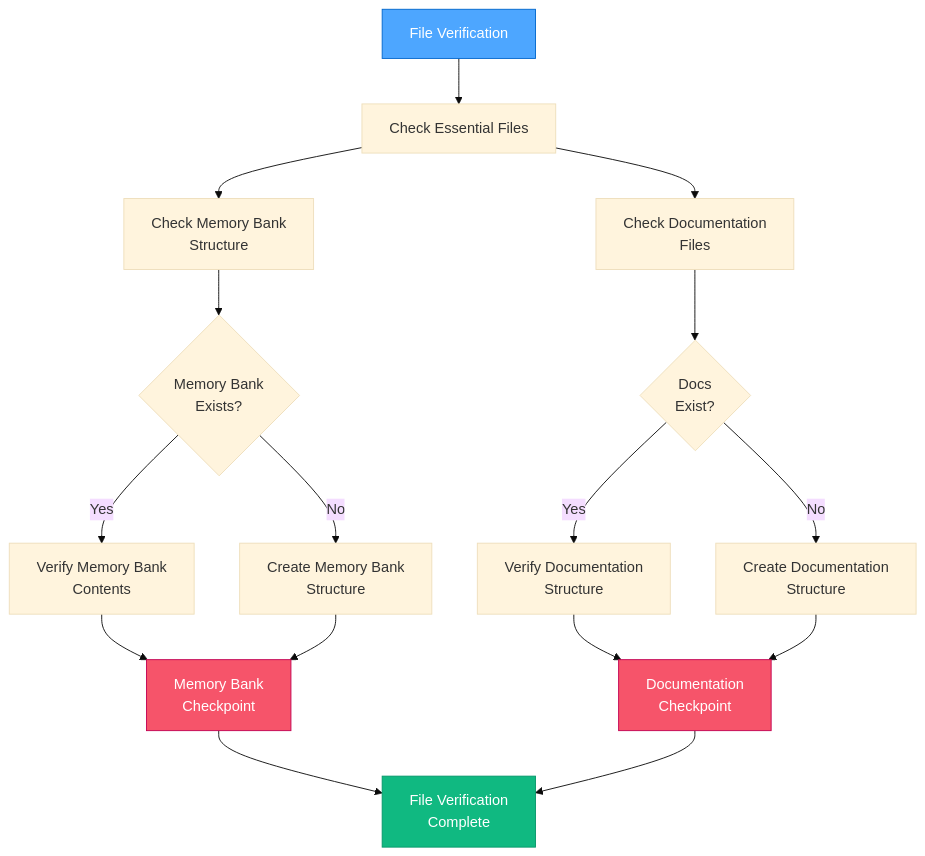
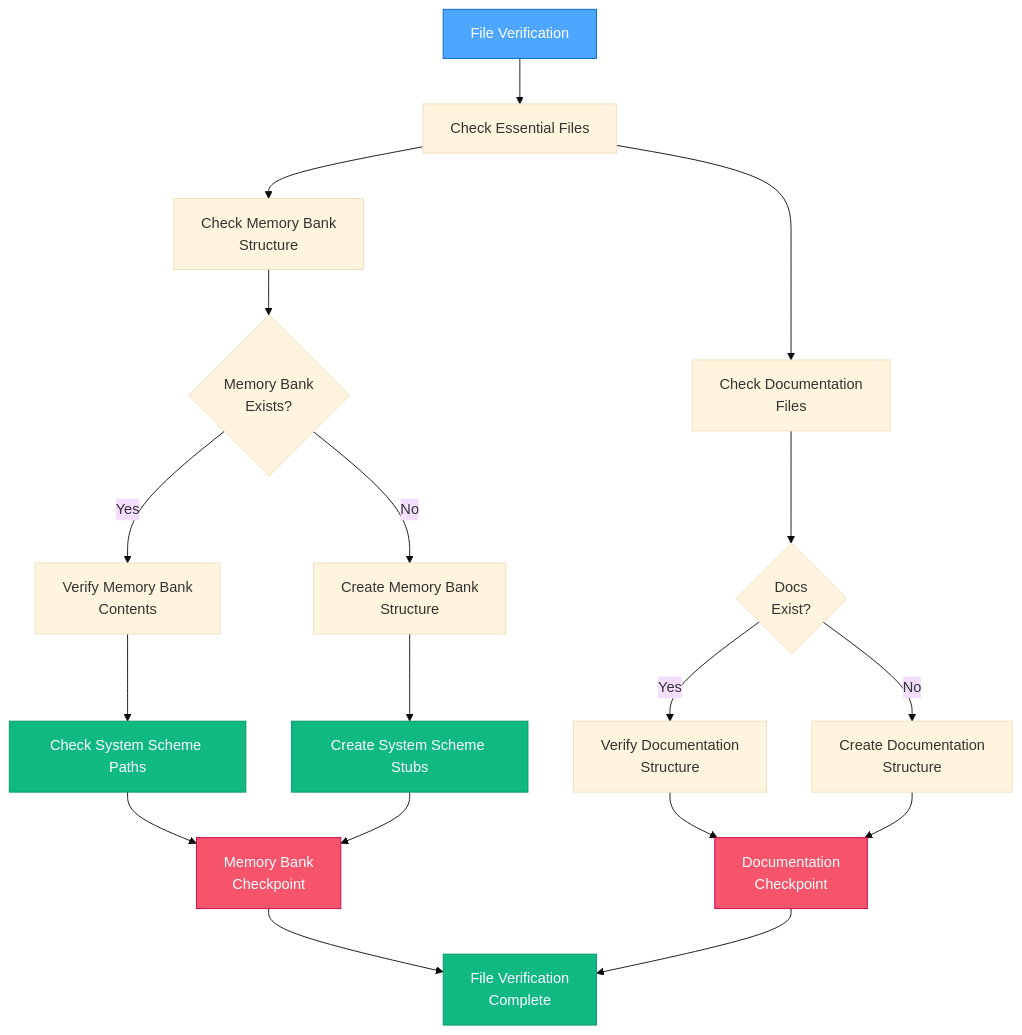
Before and after one commit to DennisGrammes/arc42-memory-bank: the third of 13 diagrams in .github/instructions/rules/isolation_rules/visual-maps/van-mode-map.md, drawn with Mermaid (base theme). The commit also changed 10 other files, not shown here.

````diff
--- a/.github/instructions/rules/isolation_rules/visual-maps/van-mode-map.md
+++ b/.github/instructions/rules/isolation_rules/visual-maps/van-mode-map.md
@@ -91,25 +91,30 @@
 ```mermaid
 graph TD
     FV["File Verification"] --> CheckFiles["Check Essential Files"]
     CheckFiles --> CheckMB["Check Memory Bank<br>Structure"]
     CheckMB --> MBExists{"Memory Bank<br>Exists?"}
     
     MBExists -->|"Yes"| VerifyMB["Verify Memory Bank<br>Contents"]
     MBExists -->|"No"| CreateMB["Create Memory Bank<br>Structure"]
+
+    VerifyMB --> SchemeCheck["Check System Scheme Paths"]
+    CreateMB --> SchemeInit["Create System Scheme Stubs"]
     
     CheckFiles --> CheckDocs["Check Documentation<br>Files"]
     CheckDocs --> DocsExist{"Docs<br>Exist?"}
     
     DocsExist -->|"Yes"| VerifyDocs["Verify Documentation<br>Structure"]
     DocsExist -->|"No"| CreateDocs["Create Documentation<br>Structure"]
     
-    VerifyMB & CreateMB --> MBCP["Memory Bank<br>Checkpoint"]
+    SchemeCheck & SchemeInit --> MBCP["Memory Bank<br>Checkpoint"]
     VerifyDocs & CreateDocs --> DocsCP["Documentation<br>Checkpoint"]
     
     MBCP & DocsCP --> FileComplete["File Verification<br>Complete"]
     
     style FV fill:#4da6ff,stroke:#0066cc,color:white
     style FileComplete fill:#10b981,stroke:#059669,color:white
     style MBCP fill:#f6546a,stroke:#c30052,color:white
     style DocsCP fill:#f6546a,stroke:#c30052,color:white
+    style SchemeCheck fill:#10b981,stroke:#059669,color:white
+    style SchemeInit fill:#10b981,stroke:#059669,color:white
 ```
````
